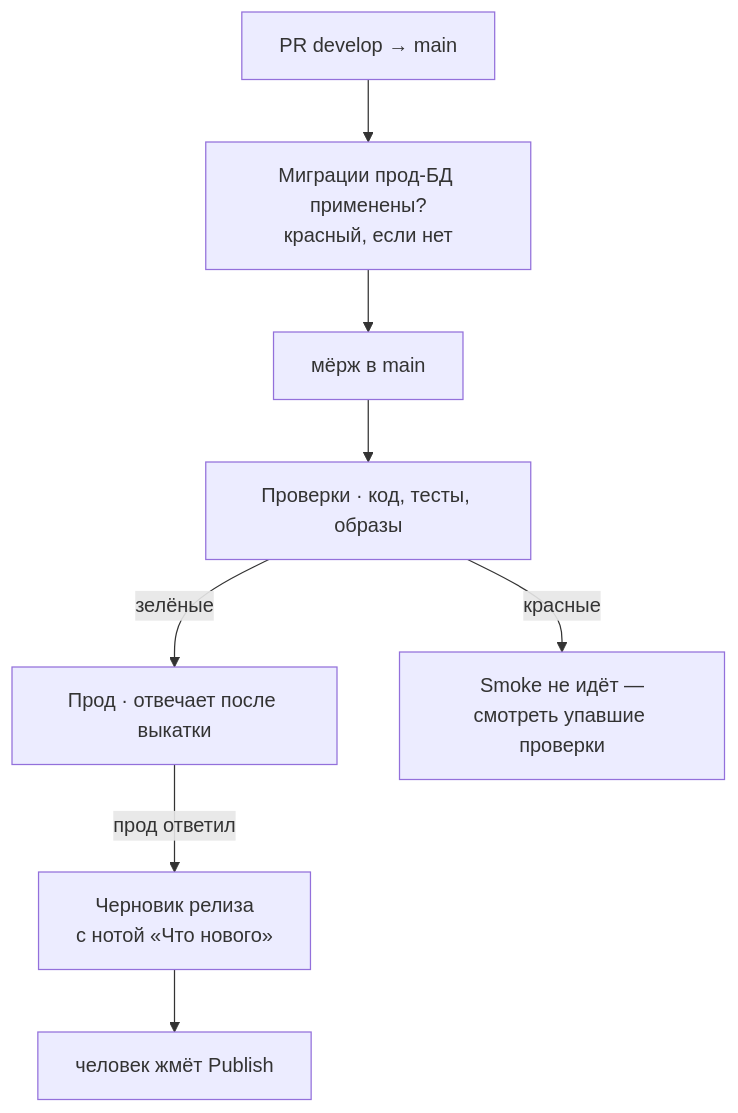
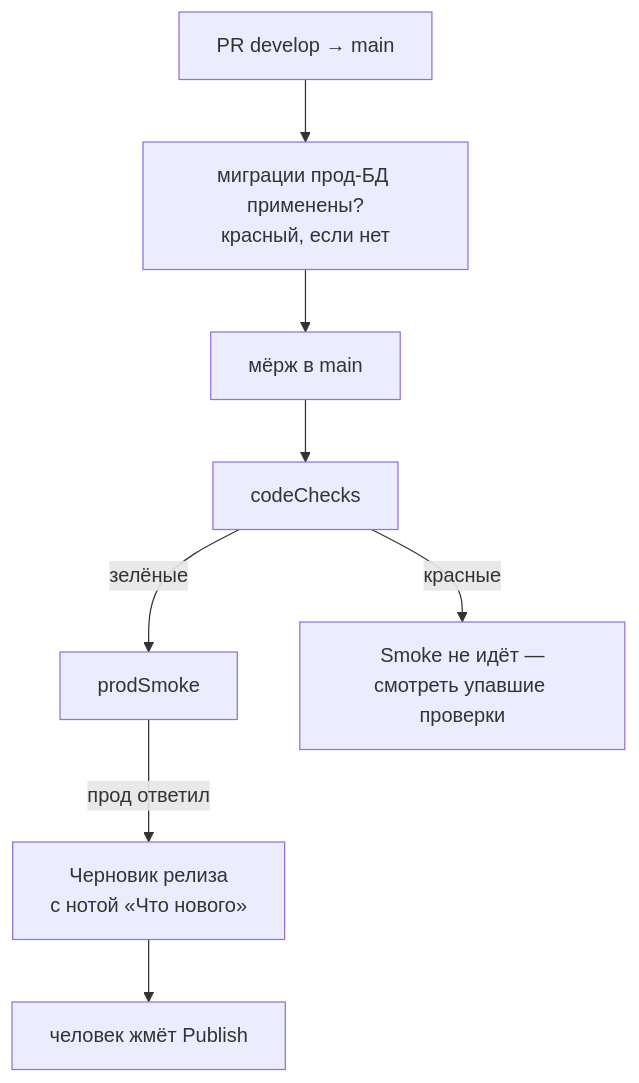
The second of 2 diagrams in .github/workflows/README.md (startupjafari/studenthub), drawn with Mermaid before and after one commit. The commit also changed other lines of this file and 9 other files, not shown here.

````diff
--- a/.github/workflows/README.md
+++ b/.github/workflows/README.md
@@ -53,10 +53,10 @@
 ```mermaid
 flowchart TB
-  A["PR develop → main"] --> B["Миграции прод-БД применены?<br/>красный, если нет"]
+  A["PR develop → main"] --> B["миграции прод-БД применены?<br/>красный, если нет"]
   B --> C["мёрж в main"]
-  C --> D["Проверки · код, тесты, образы"]
-  D -->|зелёные| E["Прод · отвечает после выкатки"]
+  C --> D["codeChecks"]
+  D -->|зелёные| E["prodSmoke"]
   D -->|красные| X["Smoke не идёт —<br/>смотреть упавшие проверки"]
   E -->|прод ответил| F["Черновик релиза<br/>с нотой «Что нового»"]
   F --> G["человек жмёт Publish"]
 ```
````
